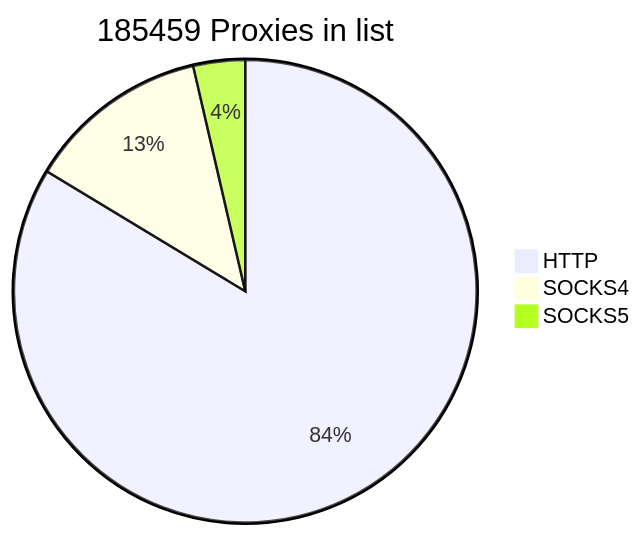
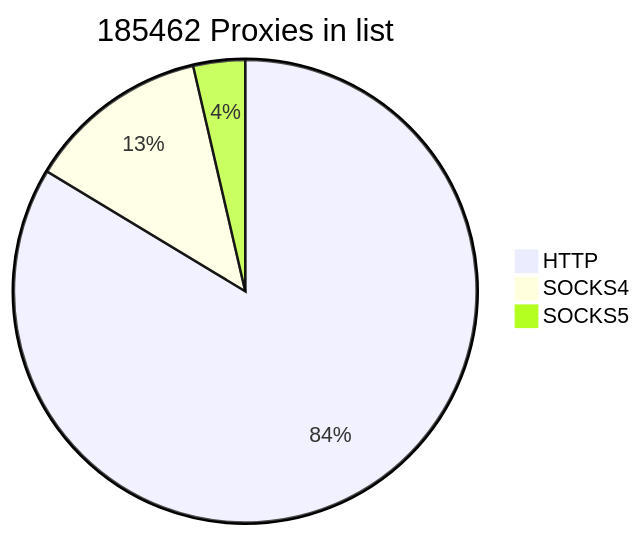
The first of 2 diagrams in README.md (cutipu/proxylist), drawn with Mermaid before and after one commit. The commit also changed other lines of this file, not shown here.

````diff
--- a/README.md
+++ b/README.md
@@ -2,7 +2,7 @@
 ```mermaid
-pie title 185459 Proxies in list
-    "HTTP" : 155132
+pie title 185462 Proxies in list
+    "HTTP" : 155135
     "SOCKS4" : 23618
     "SOCKS5" : 6709
             
 ```
````
